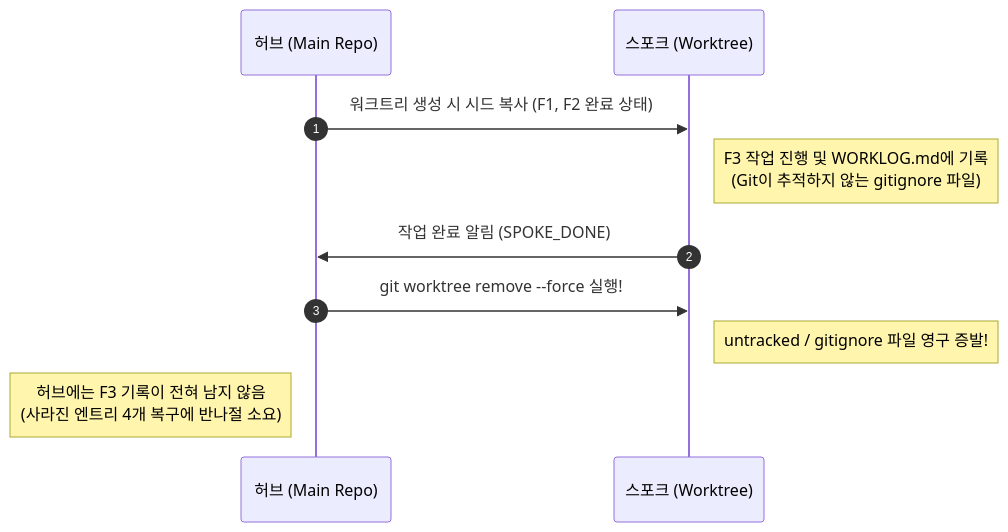
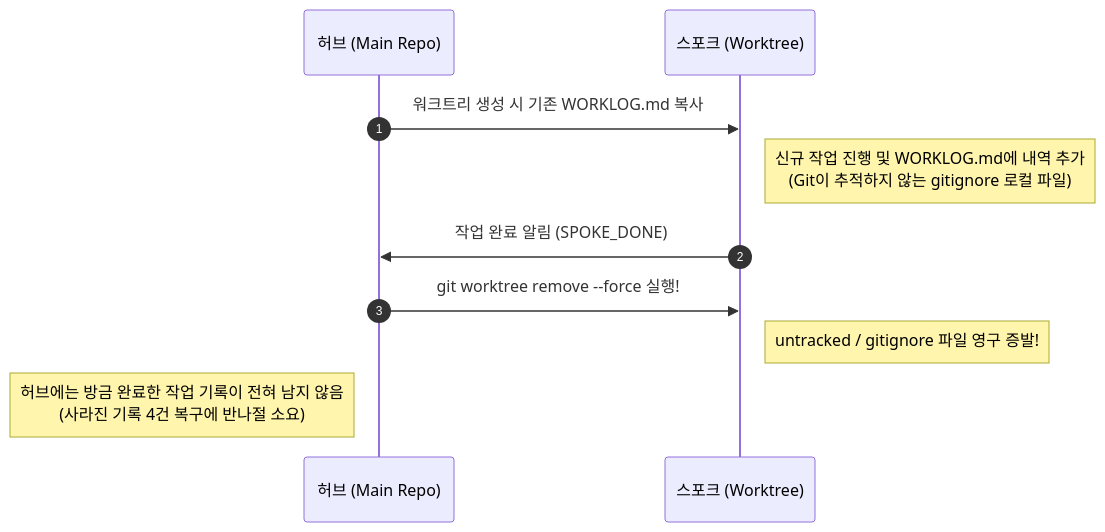
Before and after one commit to tomato-vault/tomato-vault.github.io: the third of 4 diagrams in _posts/tech/ai-agent-architecture/5 같은 브랜치에서 에이전트끼리 사이좋게 코딩할 리가 없어.md, drawn with Mermaid. The commit also changed other lines of this file and 36 other files, not shown here.

````diff
--- a/_posts/tech/ai-agent-architecture/5 같은 브랜치에서 에이전트끼리 사이좋게 코딩할 리가 없어.md
+++ b/_posts/tech/ai-agent-architecture/5 같은 브랜치에서 에이전트끼리 사이좋게 코딩할 리가 없어.md
@@ -117,13 +117,13 @@
 ```mermaid
 sequenceDiagram
     autonumber
     participant Hub as 허브 (Main Repo)
     participant Spoke as 스포크 (Worktree)
 
-    Hub->>Spoke: 워크트리 생성 시 시드 복사 (F1, F2 완료 상태)
-    Note right of Spoke: F3 작업 진행 및 WORKLOG.md에 기록<br/>(Git이 추적하지 않는 gitignore 파일)
+    Hub->>Spoke: 워크트리 생성 시 기존 WORKLOG.md 복사
+    Note right of Spoke: 신규 작업 진행 및 WORKLOG.md에 내역 추가<br/>(Git이 추적하지 않는 gitignore 로컬 파일)
     Spoke->>Hub: 작업 완료 알림 (SPOKE_DONE)
     Hub->>Spoke: git worktree remove --force 실행!
     Note right of Spoke: untracked / gitignore 파일 영구 증발!
-    Note left of Hub: 허브에는 F3 기록이 전혀 남지 않음<br/>(사라진 엔트리 4개 복구에 반나절 소요)
+    Note left of Hub: 허브에는 방금 완료한 작업 기록이 전혀 남지 않음<br/>(사라진 기록 4건 복구에 반나절 소요)
 ```
````
